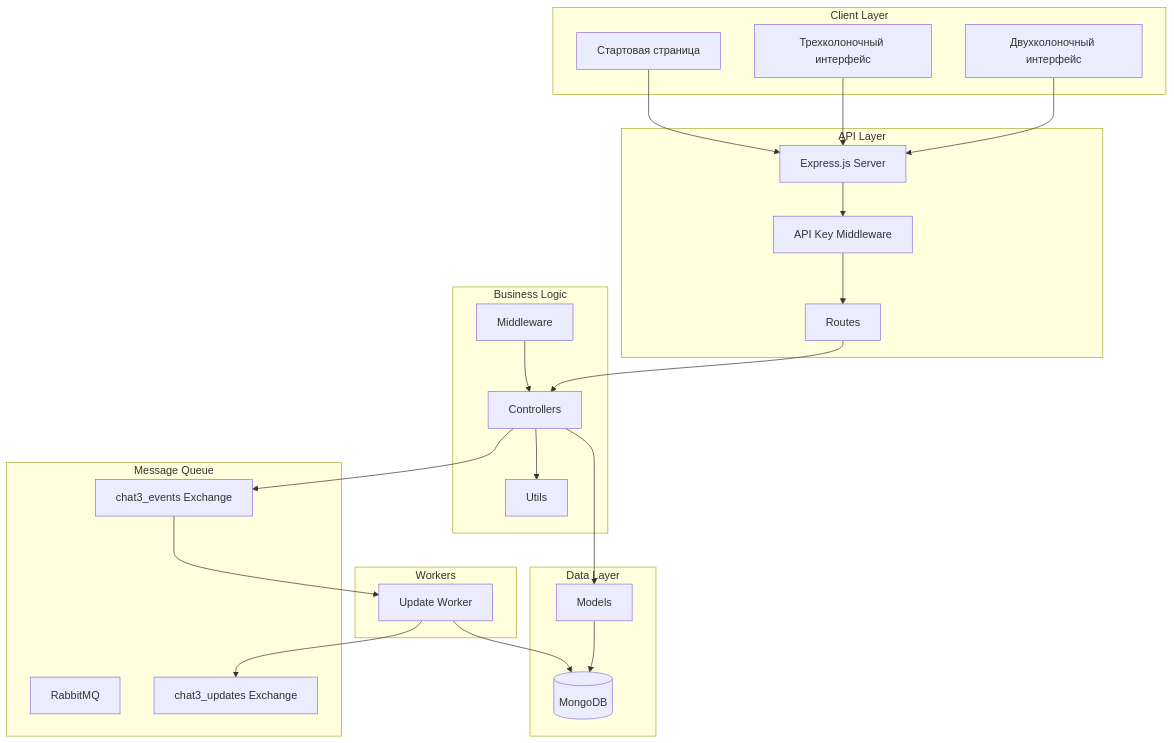
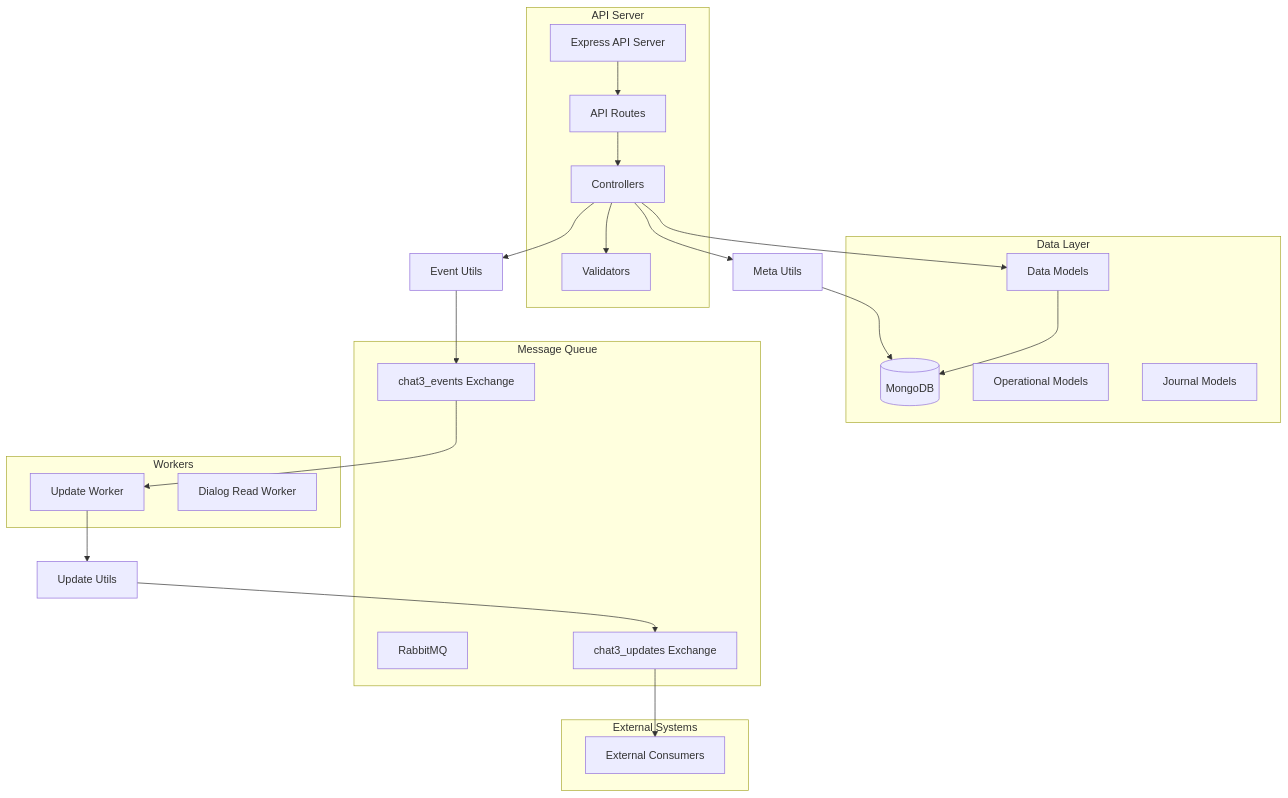
The first of 4 diagrams in docs/ARCHITECTURE.md (antirek/chat3), drawn with Mermaid before and after one commit. The commit also changed other lines of this file and 27 other files, not shown here.

````diff
--- a/docs/ARCHITECTURE.md
+++ b/docs/ARCHITECTURE.md
@@ -9,53 +9,47 @@
 ```mermaid
 graph TB
-    subgraph "Client Layer"
-        UI1[Двухколоночный интерфейс]
-        UI2[Трехколоночный интерфейс]
-        UI3[Стартовая страница]
-    end
-    
-    subgraph "API Layer"
-        API[Express.js Server]
-        AUTH[API Key Middleware]
-        ROUTES[Routes]
-    end
-    
-    subgraph "Business Logic"
-        CTRL[Controllers]
-        UTILS[Utils]
-        MW[Middleware]
+    subgraph "API Server"
+        API[Express API Server]
+        Routes[API Routes]
+        Controllers[Controllers]
+        Validators[Validators]
     end
     
     subgraph "Data Layer"
-        MONGO[(MongoDB)]
-        MODELS[Models]
+        MongoDB[(MongoDB)]
+        Models[Data Models]
+        Operational[Operational Models]
+        Journals[Journal Models]
     end
     
     subgraph "Message Queue"
-        RABBIT[RabbitMQ]
-        EXCHANGE_EVENTS[chat3_events Exchange]
-        EXCHANGE_UPDATES[chat3_updates Exchange]
+        RabbitMQ[RabbitMQ]
+        EventsExchange[chat3_events Exchange]
+        UpdatesExchange[chat3_updates Exchange]
     end
     
     subgraph "Workers"
-        UPDATE_WORKER[Update Worker]
+        UpdateWorker[Update Worker]
+        DialogReadWorker[Dialog Read Worker]
     end
     
-    UI1 --> API
-    UI2 --> API
-    UI3 --> API
+    subgraph "External Systems"
+        Consumers[External Consumers]
+    end
     
-    API --> AUTH
-    AUTH --> ROUTES
-    ROUTES --> CTRL
-    CTRL --> UTILS
-    CTRL --> MODELS
-    MODELS --> MONGO
+    API --> Routes
+    Routes --> Controllers
+    Controllers --> Validators
+    Controllers --> Models
+    Models --> MongoDB
     
-    MW --> CTRL
+    Controllers --> EventUtils[Event Utils]
+    EventUtils --> EventsExchange
+    EventsExchange --> UpdateWorker
+    UpdateWorker --> UpdateUtils[Update Utils]
+    UpdateUtils --> UpdatesExchange
+    UpdatesExchange --> Consumers
     
-    CTRL --> EXCHANGE_EVENTS
-    EXCHANGE_EVENTS --> UPDATE_WORKER
-    UPDATE_WORKER --> MONGO
-    UPDATE_WORKER --> EXCHANGE_UPDATES
+    Controllers --> MetaUtils[Meta Utils]
+    MetaUtils --> MongoDB
 ```
````
